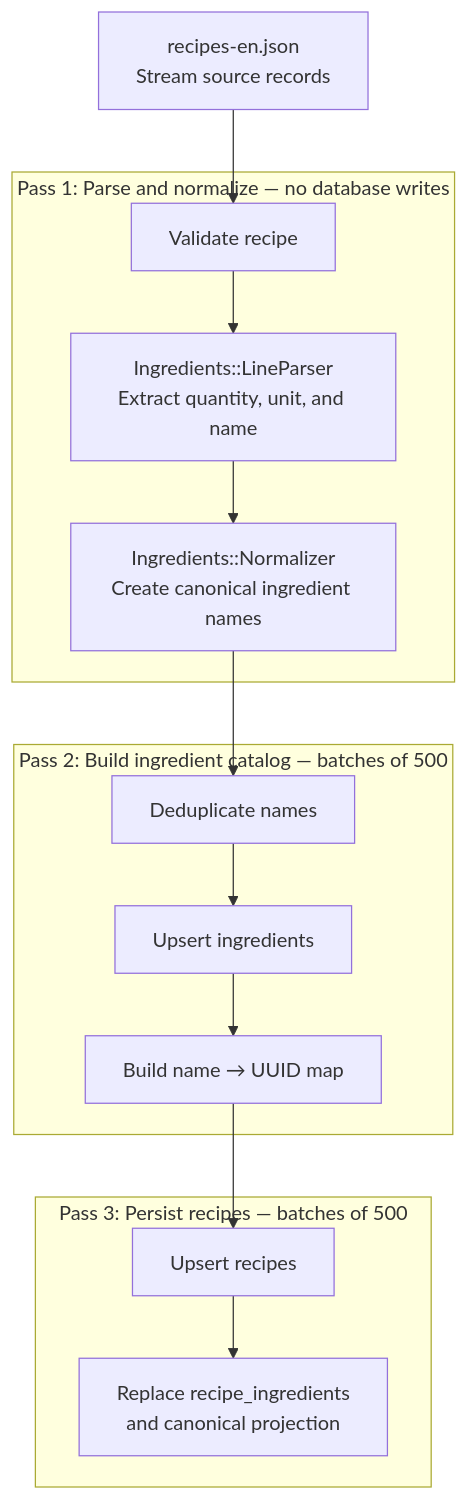
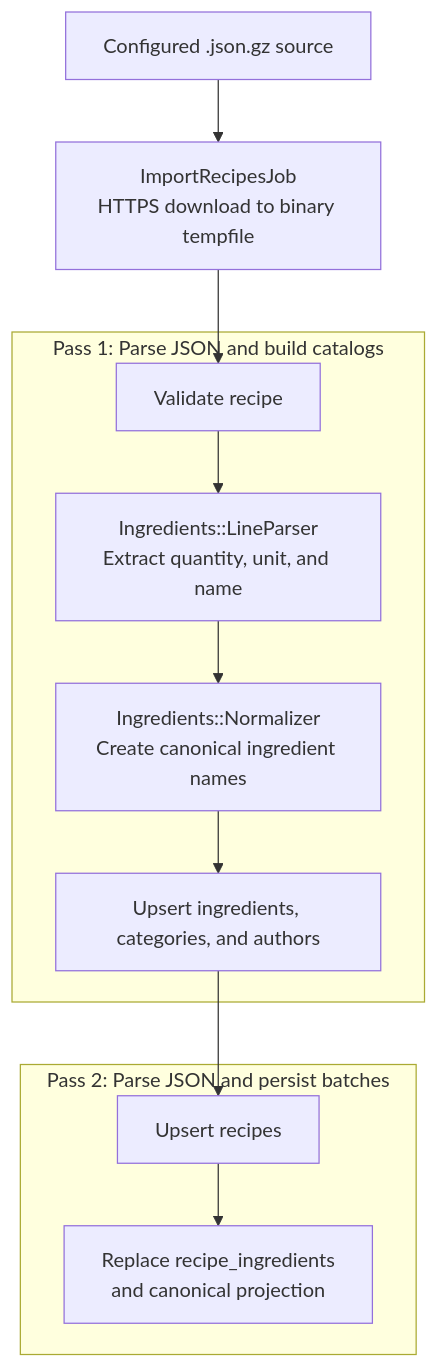
One commit to girls-incode/meal-planner changed the fourth of 6 diagrams in backend/README.md. Above: the diagram before and after it, drawn with Mermaid. The commit also changed other lines of this file and 39 other files, not shown here.

````diff
--- a/backend/README.md
+++ b/backend/README.md
@@ -474,28 +362,22 @@
 ```mermaid
 flowchart TD
-  S["recipes-en.json\nStream source records"]
+  S["Configured .json.gz source"]
+  D["ImportRecipesJob\nHTTPS download to binary tempfile"]
 
-  subgraph PASS1["Pass 1: Parse and normalize — no database writes"]
+  subgraph PASS1["Pass 1: Parse JSON and build catalogs"]
     V[Validate recipe]
     L["Ingredients::LineParser\nExtract quantity, unit, and name"]
     N["Ingredients::Normalizer\nCreate canonical ingredient names"]
-    V --> L --> N
+    U["Upsert ingredients, categories, and authors"]
+    V --> L --> N --> U
   end
 
-  subgraph PASS2["Pass 2: Build ingredient catalog — batches of 500"]
-    U["Deduplicate names"]
-    IU["Upsert ingredients"]
-    MAP["Build name → UUID map"]
-    U --> IU --> MAP
-  end
-
-  subgraph PASS3["Pass 3: Persist recipes — batches of 500"]
+  subgraph PASS2["Pass 2: Parse JSON and persist batches"]
     R["Upsert recipes"]
     RI["Replace recipe_ingredients\nand canonical projection"]
     R --> RI
   end
 
-  S --> V
-  N --> U
-  MAP --> R
+  S --> D --> V
+  U --> R
 ```
````
